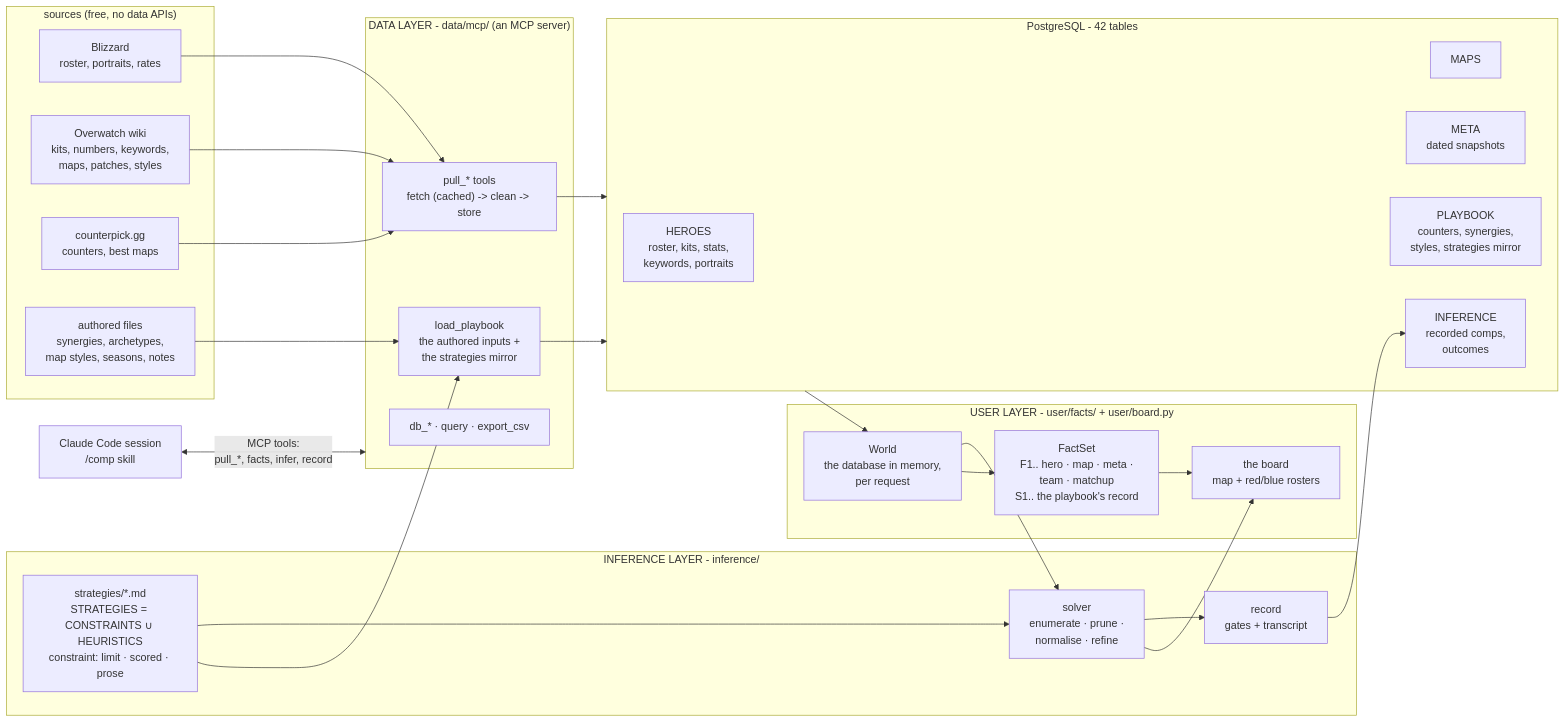
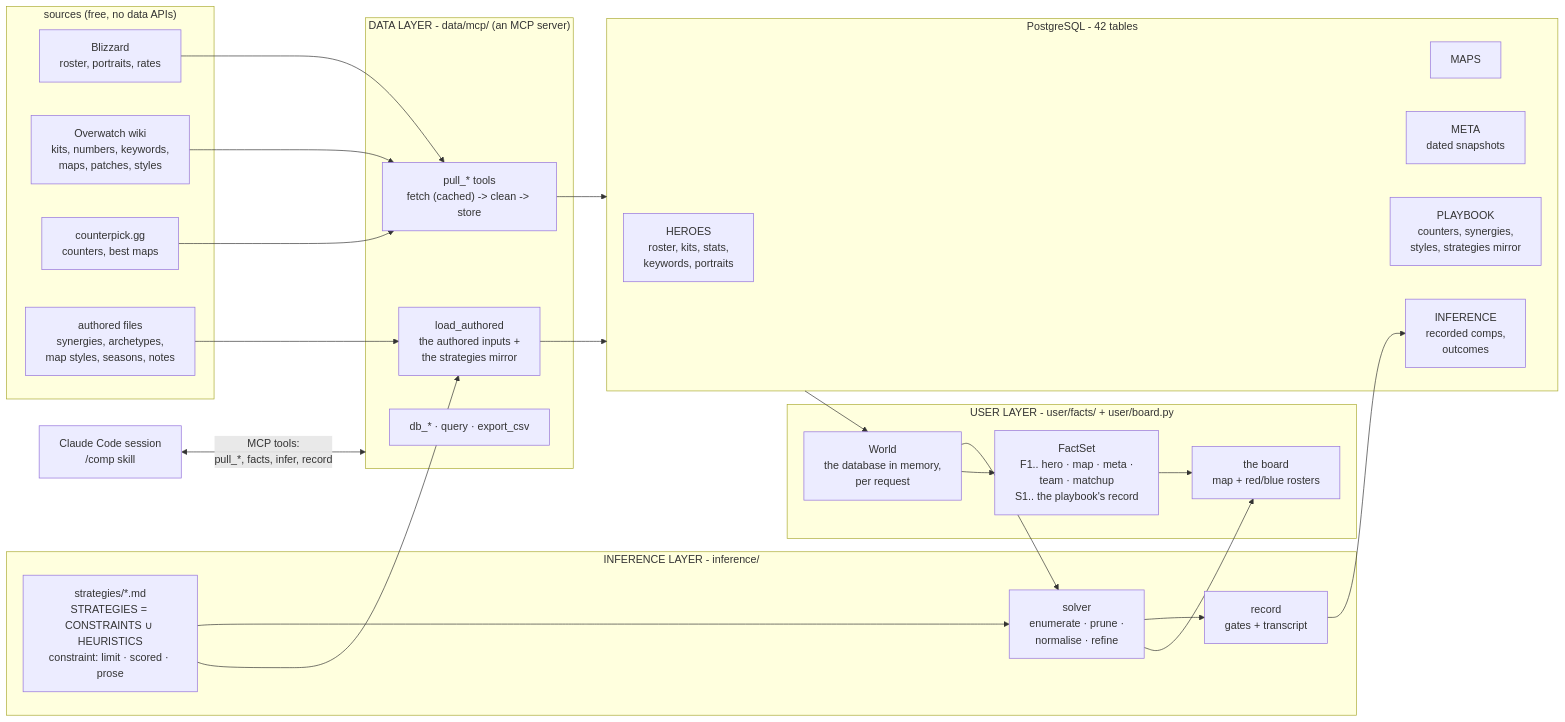
The first of 6 diagrams in docs/architecture.md (mmikol/counter-utility-matrix), drawn with Mermaid before and after one commit. The commit also changed other lines of this file and 31 other files, not shown here.

````diff
--- a/docs/architecture.md
+++ b/docs/architecture.md
@@ -7,46 +7,46 @@
 ```mermaid
 flowchart LR
     subgraph SOURCES["sources (free, no data APIs)"]
         BLZ["Blizzard<br/>roster, portraits, rates"]
         WIKI["Overwatch wiki<br/>kits, numbers, keywords,<br/>maps, patches, styles"]
         CPK["counterpick.gg<br/>counters, best maps"]
         CSV["authored files<br/>synergies, archetypes,<br/>map styles, seasons, notes"]
     end
 
     subgraph DATA["DATA LAYER - data/mcp/ (an MCP server)"]
         PULL["pull_* tools<br/>fetch (cached) -> clean -> store"]
-        PLAY["load_playbook<br/>the authored inputs +<br/>the strategies mirror"]
+        PLAY["load_authored<br/>the authored inputs +<br/>the strategies mirror"]
         DBT["db_* · query · export_csv"]
     end
 
     subgraph PG["PostgreSQL - 42 tables"]
         HEROES["HEROES<br/>roster, kits, stats,<br/>keywords, portraits"]
         MAPS["MAPS"]
         META["META<br/>dated snapshots"]
         PLAYBOOK["PLAYBOOK<br/>counters, synergies,<br/>styles, strategies mirror"]
         INF["INFERENCE<br/>recorded comps,<br/>outcomes"]
     end
 
     subgraph USER["USER LAYER - user/facts/ + user/board.py"]
         WORLD["World<br/>the database in memory,<br/>per request"]
         FACTS["FactSet<br/>F1.. hero · map · meta ·<br/>team · matchup<br/>S1.. the playbook's record"]
         BOARD["the board<br/>map + red/blue rosters"]
     end
 
     subgraph INFER["INFERENCE LAYER - inference/"]
         HEUR["strategies/*.md<br/>STRATEGIES = CONSTRAINTS ∪ HEURISTICS<br/>constraint: limit · scored · prose"]
         SOLVER["solver<br/>enumerate · prune ·<br/>normalise · refine"]
         REC["record<br/>gates + transcript"]
     end
 
     BLZ & WIKI & CPK --> PULL
     CSV --> PLAY
     HEUR --> PLAY
     PULL & PLAY --> PG
     PG --> WORLD --> FACTS --> BOARD
     WORLD --> SOLVER
     HEUR --> SOLVER
     SOLVER --> BOARD
     SOLVER --> REC --> INF
     CHAT["Claude Code session<br/>/comp skill"] <-->|"MCP tools:<br/>pull_*, facts, infer, record"| DATA
 ```
````
